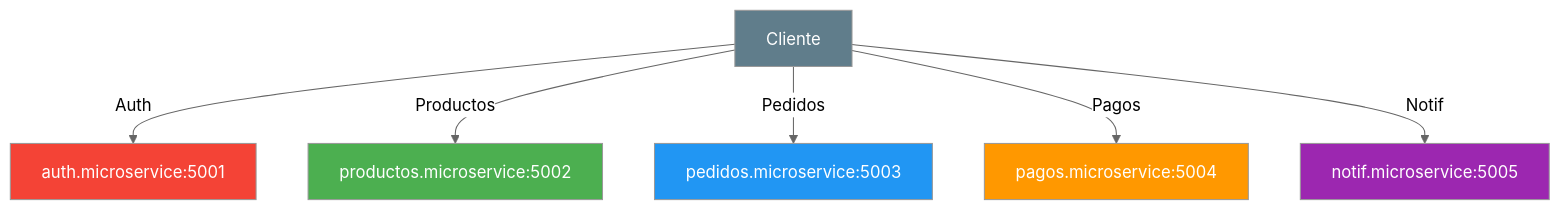
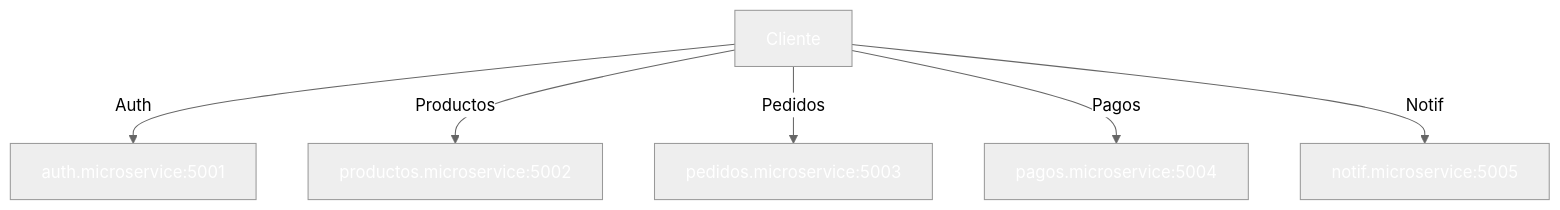
Before and after one commit to joseluisgs/DesarrolloWebEntornosServidor-02-2026-2027: the fourth of 10 diagrams in 31-api-gateway.md, drawn with Mermaid (neutral theme). The commit also changed other lines of this file and 41 other files, not shown here.

````diff
--- a/31-api-gateway.md
+++ b/31-api-gateway.md
@@ -186,14 +186,14 @@
 ```mermaid
 graph TD
     CL["Cliente"] -->|Auth| A["auth.microservice:5001"]
     CL -->|Productos| P["productos.microservice:5002"]
     CL -->|Pedidos| PD["pedidos.microservice:5003"]
     CL -->|Pagos| PG["pagos.microservice:5004"]
     CL -->|Notif| N["notif.microservice:5005"]
-    style CL fill:#607D8B,color:#fff
-    style A fill:#f44336,color:#fff
-    style P fill:#4CAF50,color:#fff
-    style PD fill:#2196F3,color:#fff
-    style PG fill:#FF9800,color:#fff
-    style N fill:#9C27B0,color:#fff
+    style CL fill:#607D8,color:#fffB,color:#fff
+    style A fill:#f4433,color:#fff6,color:#fff
+    style P fill:#4CAF5,color:#fff0,color:#fff
+    style PD fill:#2196F,color:#fff3,color:#fff
+    style PG fill:#FF980,color:#fff0,color:#fff
+    style N fill:#9C27B,color:#fff0,color:#fff
 ```
````
